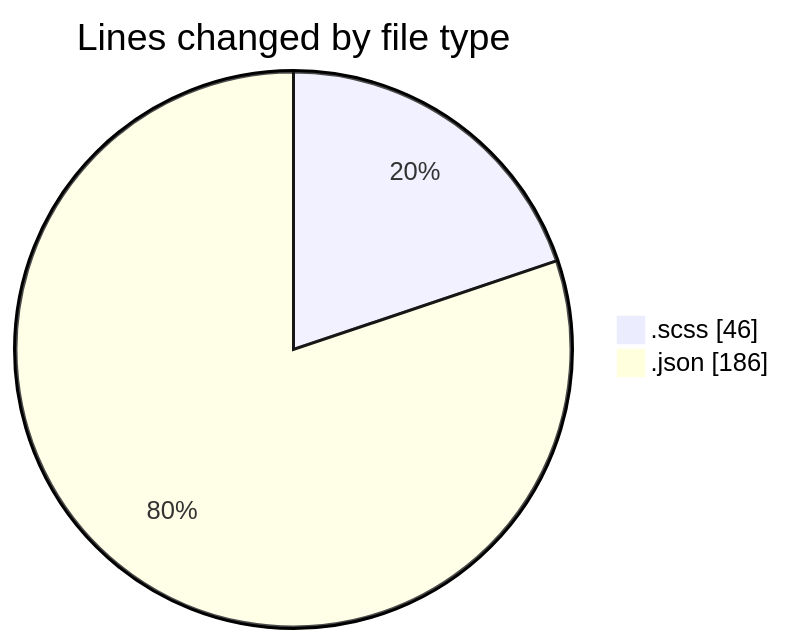
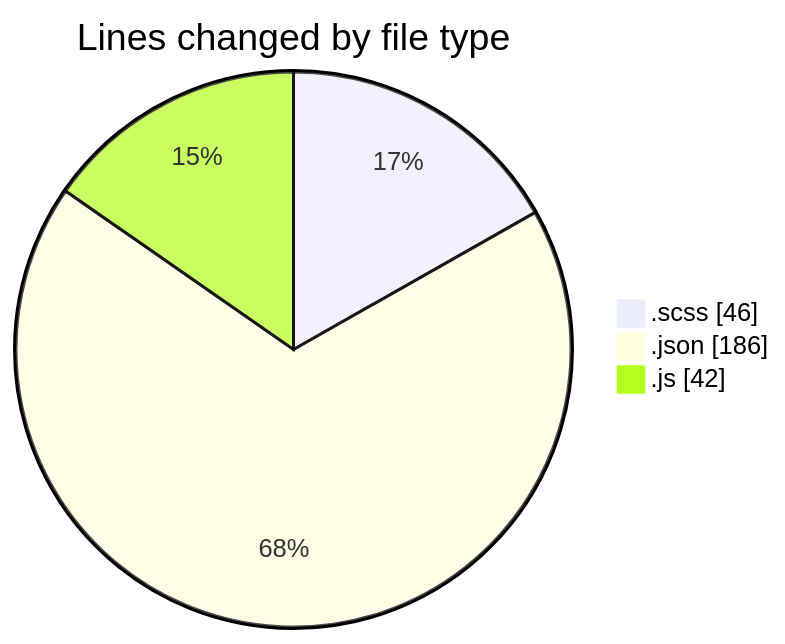
The first of 2 diagrams in 2026-04-21/cda/README.md (momahboobian/code-tracking), drawn with Mermaid before and after one commit. The commit also changed other lines of this file and 1 other file, not shown here.

````diff
--- a/2026-04-21/cda/README.md
+++ b/2026-04-21/cda/README.md
@@ -21,6 +22,7 @@
 ```mermaid
 pie showData
 title Lines changed by file type
 ".scss" : 46
 ".json" : 186
+".js" : 42
 ```
````
